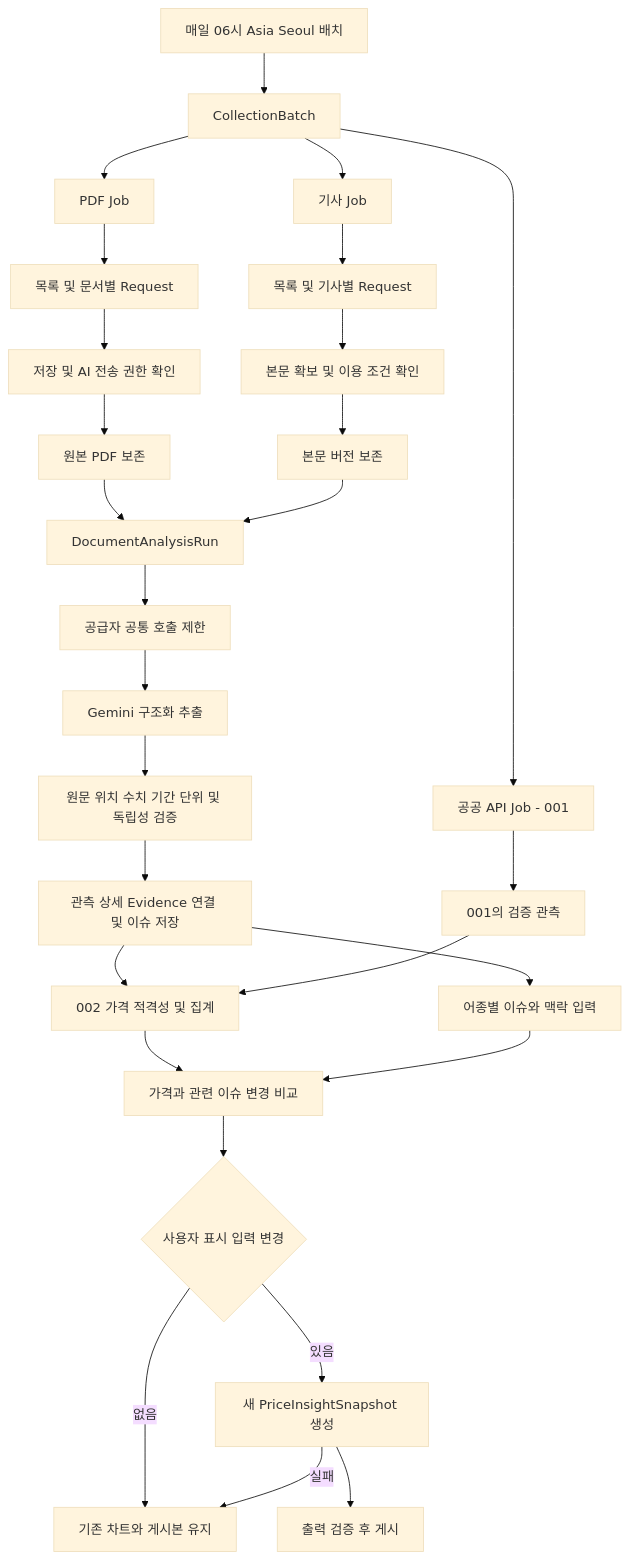
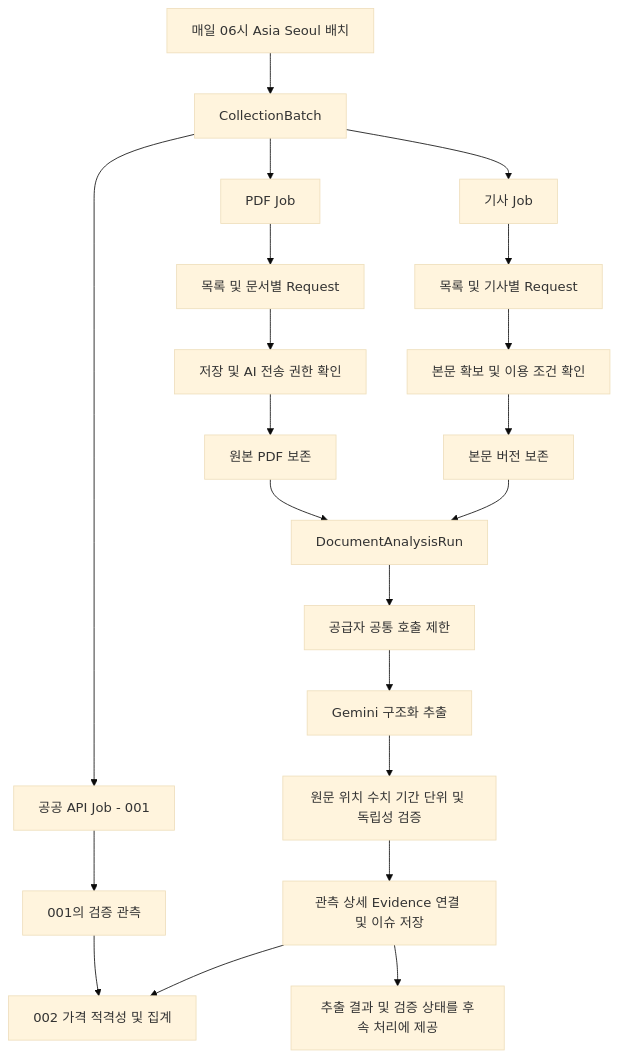
One commit to today-fish/today-fish-docs changed the first of 2 diagrams in MVP/architecture/backend/tech-spec/BE-TECH-SPEC-003-PDF-기사-수집-및-정보-추출.md. Above: the diagram before and after it, drawn with Mermaid (base theme). The commit also changed other lines of this file and 7 other files, not shown here.

````diff
--- a/MVP/architecture/backend/tech-spec/BE-TECH-SPEC-003-PDF-기사-수집-및-정보-추출.md
+++ b/MVP/architecture/backend/tech-spec/BE-TECH-SPEC-003-PDF-기사-수집-및-정보-추출.md
@@ -47,30 +60,45 @@
 ```mermaid
+
 flowchart TD
+
     S[매일 06시 Asia Seoul 배치] --> B[CollectionBatch]
+
     B --> A[공공 API Job - 001]
+
     B --> P[PDF Job]
+
     B --> N[기사 Job]
+
     P --> PR[목록 및 문서별 Request]
+
     N --> NR[목록 및 기사별 Request]
+
     PR --> PG[저장 및 AI 전송 권한 확인]
+
     NR --> NG[본문 확보 및 이용 조건 확인]
+
     PG --> PS[원본 PDF 보존]
+
     NG --> NS[본문 버전 보존]
+
     PS --> D[DocumentAnalysisRun]
+
     NS --> D
+
     D --> M[공급자 공통 호출 제한]
+
     M --> G[Gemini 구조화 추출]
+
     G --> V[원문 위치 수치 기간 단위 및 독립성 검증]
+
     V --> E[관측 상세 Evidence 연결 및 이슈 저장]
+
     A --> O[001의 검증 관측]
+
     E --> Q[002 가격 적격성 및 집계]
+
     O --> Q
-    E --> C[어종별 이슈와 맥락 입력]
-    Q --> F[가격과 관련 이슈 변경 비교]
-    C --> F
-    F --> U{사용자 표시 입력 변경}
-    U -->|없음| K[기존 차트와 게시본 유지]
-    U -->|있음| I[새 PriceInsightSnapshot 생성]
-    I --> PUB[출력 검증 후 게시]
-    I -->|실패| K
+
+    E --> H[추출 결과 및 검증 상태를 후속 처리에 제공]
+
 ```
````
